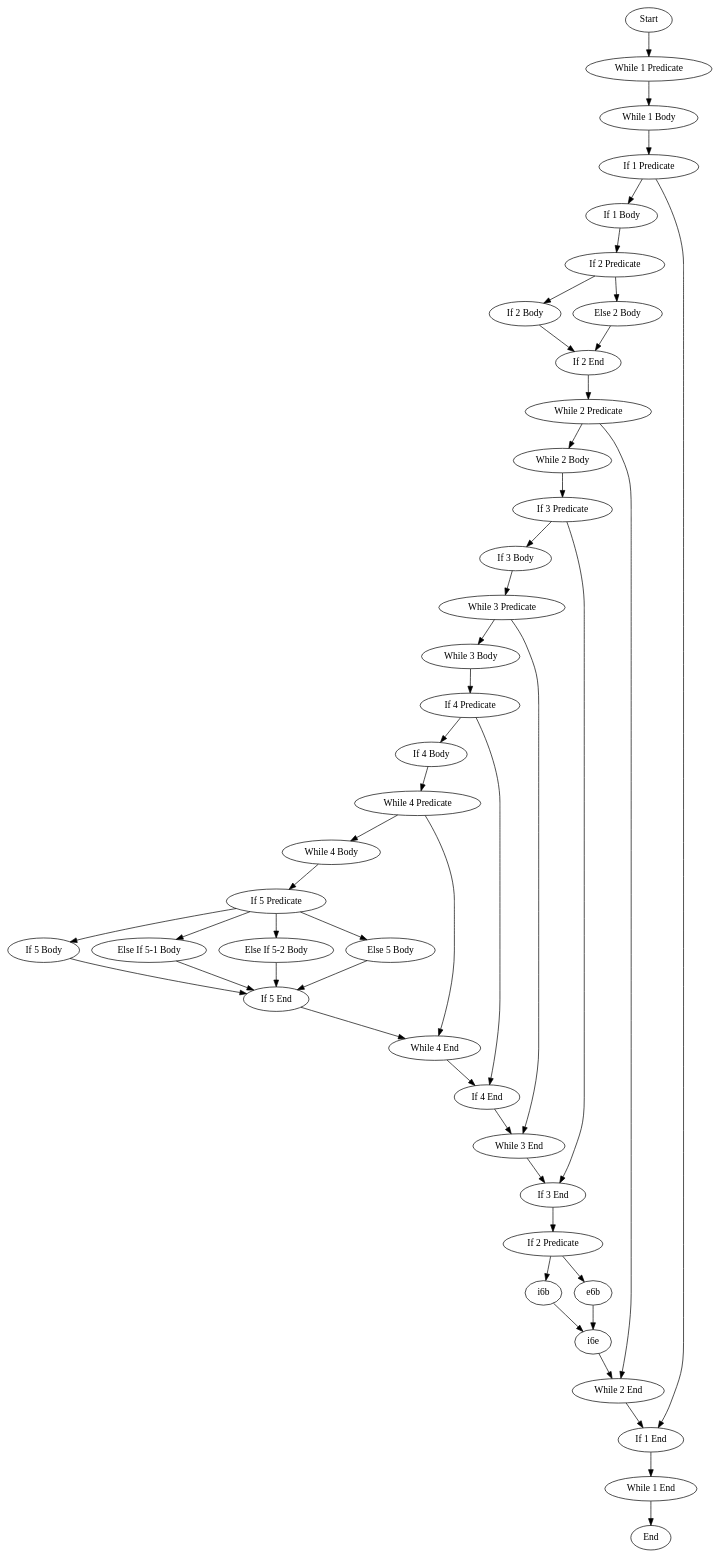
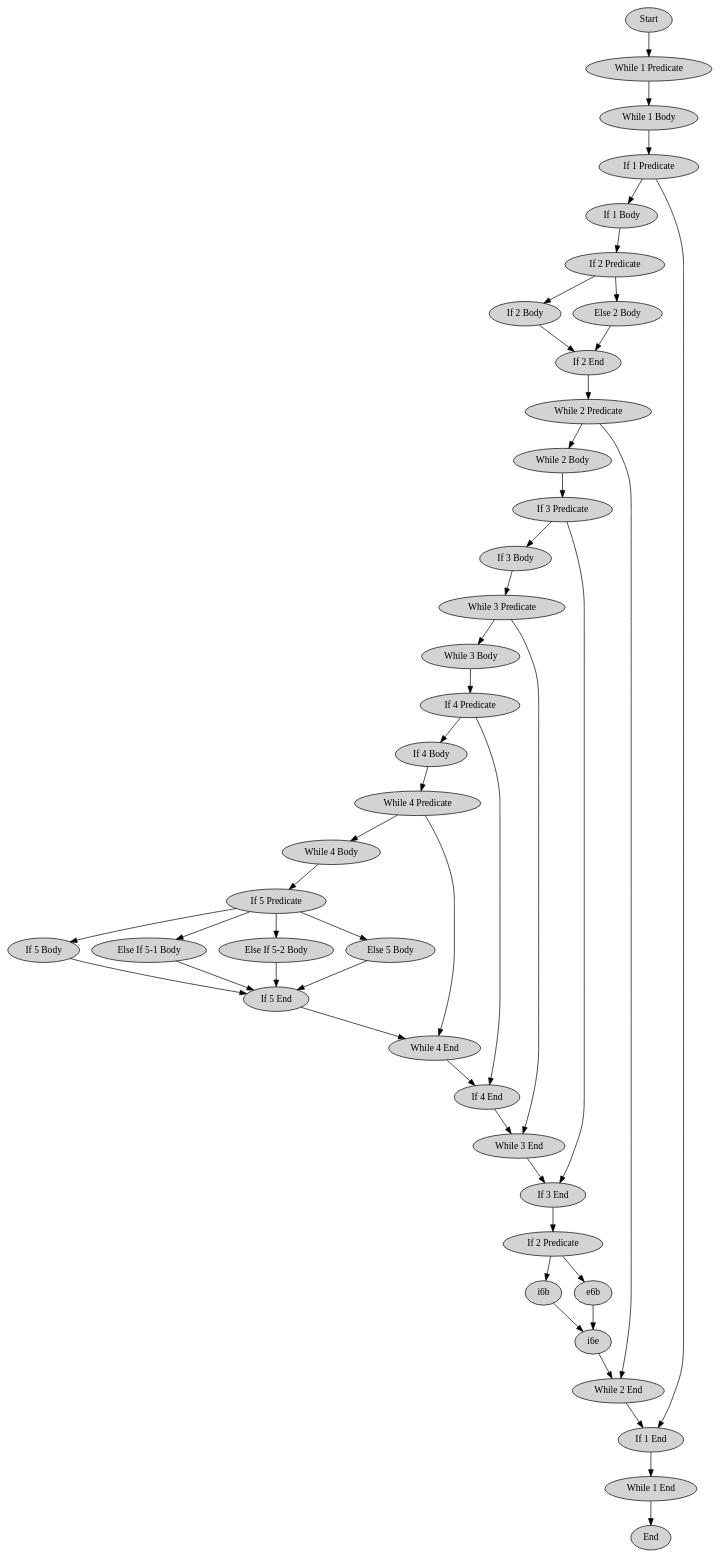
One commit to seanfisk/cpg-islands changed the diagram in papers/final/takai-jones-control-flow/diagram-nogoto.dot. Above: the diagram before and after it, drawn with Graphviz. The commit also changed 4 other files, not shown here.

Commit message:
Polish up graphs.

```diff
--- a/papers/final/takai-jones-control-flow/diagram-nogoto.dot
+++ b/papers/final/takai-jones-control-flow/diagram-nogoto.dot
@@ -1,102 +1,101 @@
 // This is a control flow graph of the Takai-Jones script without
-// taking `last' commands (basically gotos) into account. It is here
-// for historical reasons.
+// taking `last' commands (basically gotos) into account.
 digraph CpGTakaiJones {
-        // node [style=filled,fillcolor=lightgray];
+        node [style=filled,fillcolor=lightgray];
         start [label="Start"];
 
         w1p [label="While 1 Predicate"];
         w1b [label="While 1 Body"];
         w1e [label="While 1 End"];
 
         w2p [label="While 2 Predicate"];
         w2b [label="While 2 Body"];
         w2e [label="While 2 End"];
 
         w3p [label="While 3 Predicate"];
         w3b [label="While 3 Body"];
         w3e [label="While 3 End"];
 
         w4p [label="While 4 Predicate"];
         w4b [label="While 4 Body"];
         w4e [label="While 4 End"];
 
         i1p [label="If 1 Predicate"];
         i1b [label="If 1 Body"];
         i1e [label="If 1 End"];
 
         i2p [label="If 2 Predicate"];
         i2b [label="If 2 Body"];
         e2b [label="Else 2 Body"];
         i2e [label="If 2 End"];
 
         i3p [label="If 3 Predicate"];
         i3b [label="If 3 Body"];
         i3e [label="If 3 End"];
 
         i4p [label="If 4 Predicate"];
         i4b [label="If 4 Body"];
         i4e [label="If 4 End"];
 
         i5p [label="If 5 Predicate"];
         i5b [label="If 5 Body"];
         ei5_1b [label="Else If 5-1 Body"];
         ei5_2b [label="Else If 5-2 Body"];
         e5b [label="Else 5 Body"];
         i5e [label="If 5 End"];
 
         i6p [label="If 2 Predicate"];
         i2b [label="If 2 Body"];
         e2b [label="Else 2 Body"];
         i2e [label="If 2 End"];
 
         end [label="End"];
 
         start -> w1p;
         w1p -> w1b;
         w1b -> i1p
         i1p -> i1b
         i1p -> i1e
         i1b -> i2p
         i2p -> i2b
         i2p -> e2b
         i2b -> i2e
         e2b -> i2e
         i2e -> w2p
         w2p -> w2b
         w2p -> w2e
         w2b -> i3p
         i3p -> i3b
         i3p -> i3e
         i3b -> w3p
         w3p -> w3b
         w3p -> w3e
         w3b -> i4p
         i4p -> i4b
         i4p -> i4e
         i4b -> w4p
         w4p -> w4b
         w4p -> w4e
         w4b -> i5p
         i5p -> i5b
         i5p -> ei5_1b
         i5p -> ei5_2b
         i5p -> e5b
         i5b  -> i5e
         ei5_1b -> i5e
         ei5_2b -> i5e
         e5b -> i5e
         i5e -> w4e
         w4e -> i4e
         i4e -> w3e
         w3e -> i3e
         i3e -> i6p
         i6p -> i6b
         i6p -> e6b
         i6b -> i6e
         e6b -> i6e
         i6e -> w2e
         w2e -> i1e
         i1e -> w1e
         w1e -> end
 }
```
